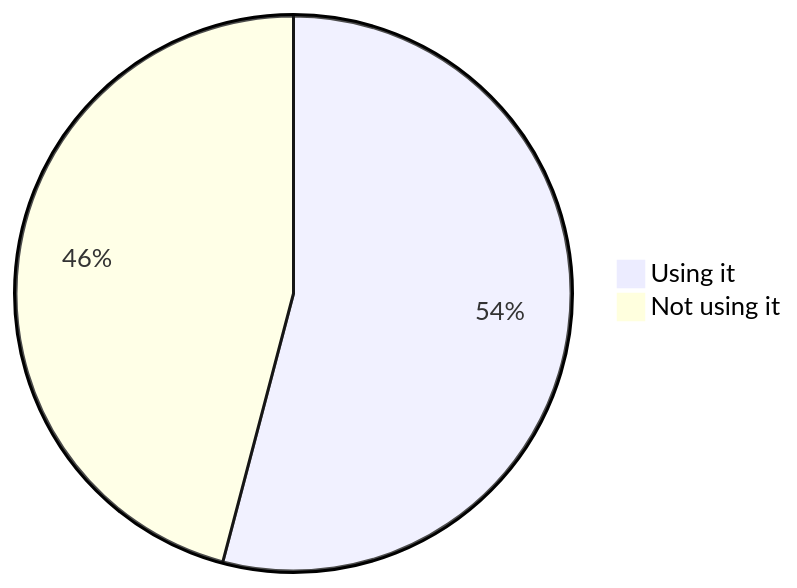
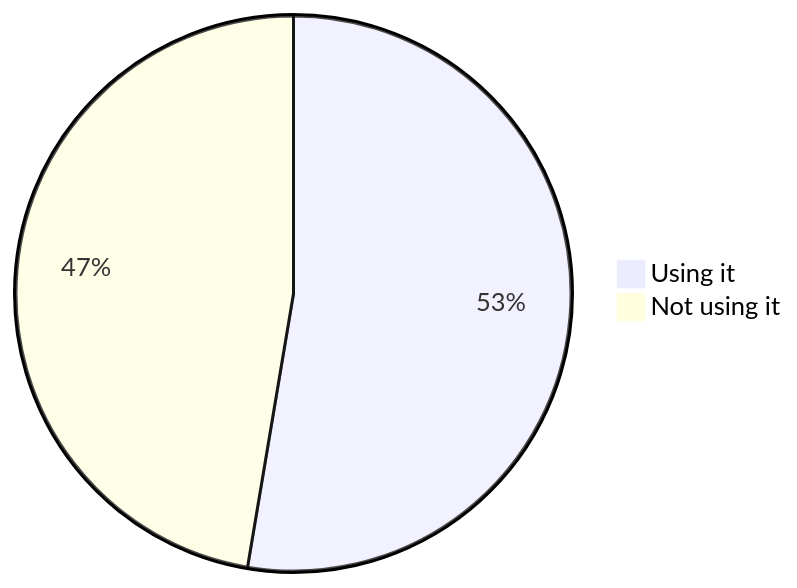
The second of 22 diagrams in stats.md (oshp/oshp-stats), drawn with Mermaid before and after one commit. The commit also changed other lines of this file, not shown here.

````diff
--- a/stats.md
+++ b/stats.md
@@ -22,6 +22,6 @@
 ```mermaid
 pie
-	"Using it" : 54.1
-	"Not using it" : 45.9
+	"Using it" : 52.65
+	"Not using it" : 47.35
 
 ```
````
